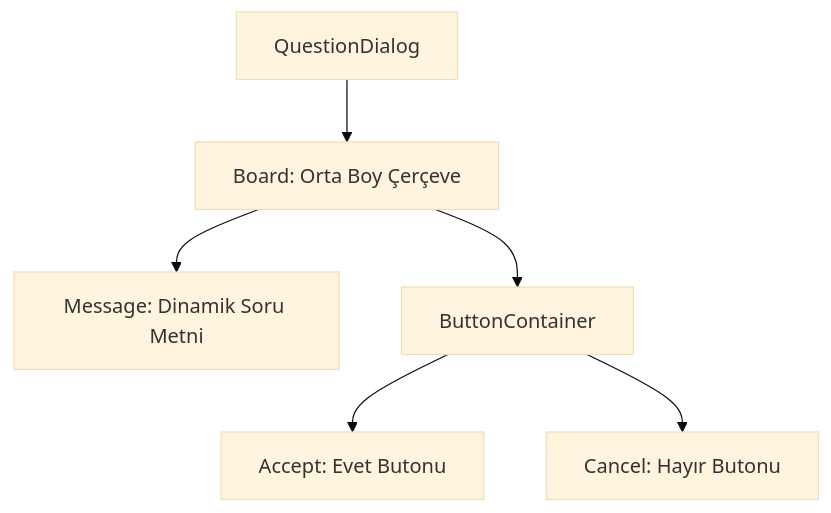
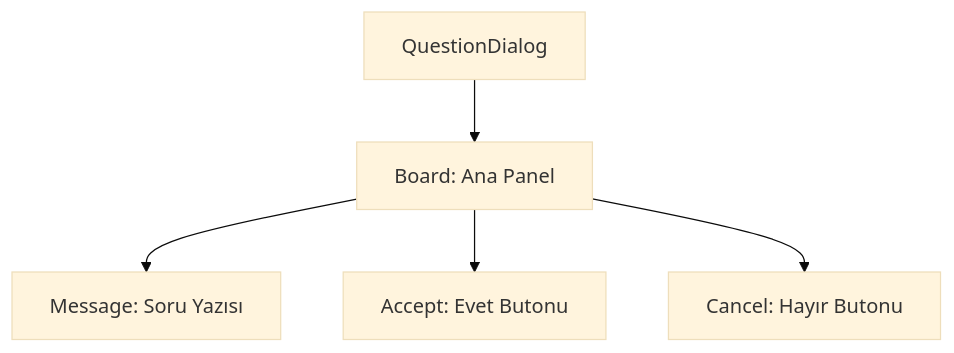
One commit to Engin622/Metin2-Pack-Agent-Skills changed the diagram in uiscript/questiondialog/skills.md. Above: the diagram before and after it, drawn with Mermaid (base theme). The commit also changed other lines of this file and 11 other files, not shown here.

````diff
--- a/uiscript/questiondialog/skills.md
+++ b/uiscript/questiondialog/skills.md
@@ -45,8 +31,7 @@
 ```mermaid
 graph TD
-    A[QuestionDialog] --> B[Board: Orta Boy Çerçeve]
-    B --> C[Message: Dinamik Soru Metni]
-    B --> D[ButtonContainer]
-    D --> D1[Accept: Evet Butonu]
-    D --> D2[Cancel: Hayır Butonu]
+    A[QuestionDialog] --> B[Board: Ana Panel]
+    B --> C[Message: Soru Yazısı]
+    B --> D[Accept: Evet Butonu]
+    B --> E[Cancel: Hayır Butonu]
 ```
````
